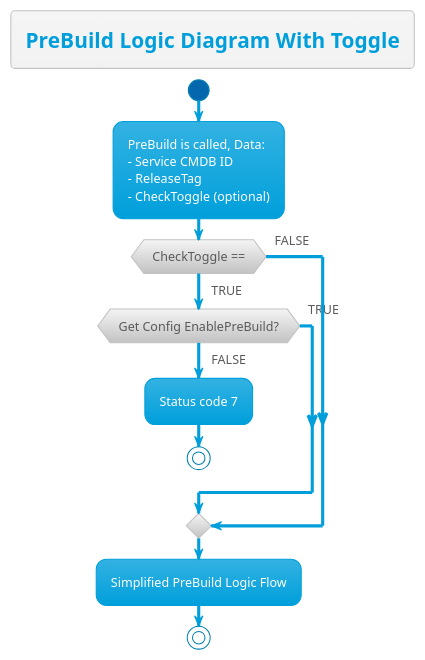
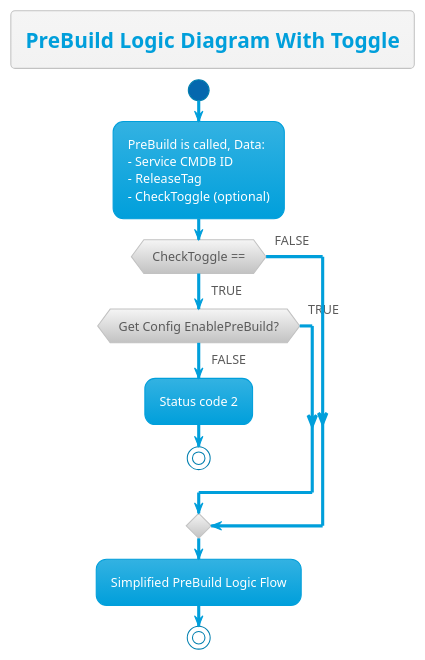
The diagram in src/PreBuildFlow/ConditionsCheckToggleSimplified.plantuml (thetomitomo/diagrams), drawn with PlantUML before and after one commit. The commit also changed 3 other files, not shown here.

```diff
--- a/src/PreBuildFlow/ConditionsCheckToggleSimplified.plantuml
+++ b/src/PreBuildFlow/ConditionsCheckToggleSimplified.plantuml
@@ -1,25 +1,25 @@
 @startuml
 !theme bluegray
 skinparam FooterFontColor black
 
 title PreBuild Logic Diagram With Toggle
 
 start
 
 :PreBuild is called, Data:\n- Service CMDB ID\n- ReleaseTag\n- CheckToggle (optional);
 
 if (CheckToggle ==) then (FALSE)
     
 else (TRUE)
     if (Get Config EnablePreBuild?) then (FALSE)
-        :Status code 7;
+        :Status code 2;
         stop
     else (TRUE)
     endif
 endif
 
 :Simplified PreBuild Logic Flow;
 
 stop
 
 @enduml
```
